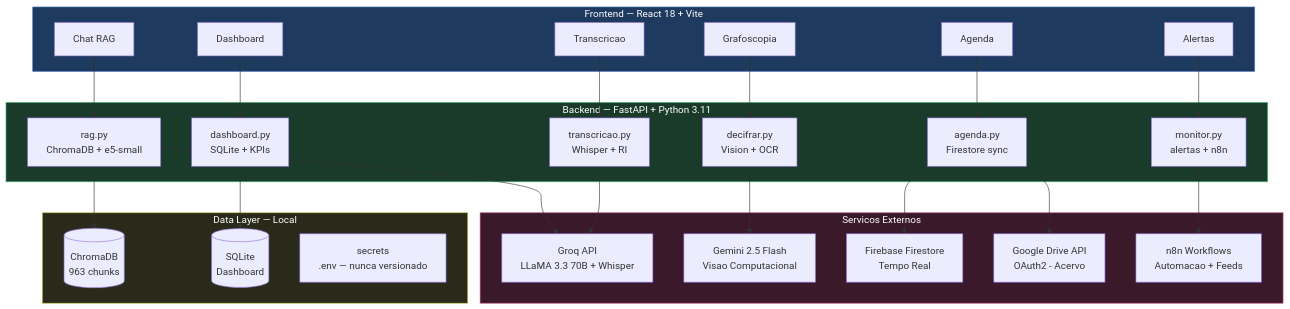
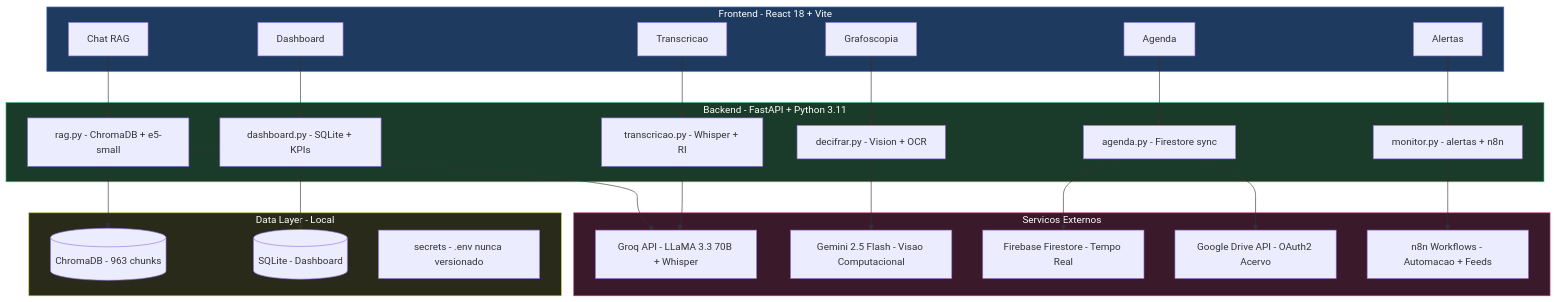
Before and after one commit to patrese-procopio/agent-bastos: the diagram in README.md, drawn with Mermaid.

Commit message:
docs: fix encoding no bloco Mermaid (remove caracteres corrompidos)

````diff
--- a/README.md
+++ b/README.md
@@ -167,55 +167,55 @@
 ```mermaid
 graph TB
-    subgraph FRONTEND["Frontend — React 18 + Vite"]
+    subgraph FRONTEND["Frontend - React 18 + Vite"]
         F1[Chat RAG]
         F2[Grafoscopia]
         F3[Transcricao]
         F4[Dashboard]
         F5[Agenda]
         F6[Alertas]
     end
 
-    subgraph BACKEND["Backend — FastAPI + Python 3.11"]
-        B1["rag.py\nChromaDB + e5-small"]
-        B2["decifrar.py\nVision + OCR"]
-        B3["transcricao.py\nWhisper + RI"]
-        B4["dashboard.py\nSQLite + KPIs"]
-        B5["agenda.py\nFirestore sync"]
-        B6["monitor.py\nalertas + n8n"]
+    subgraph BACKEND["Backend - FastAPI + Python 3.11"]
+        B1["rag.py - ChromaDB + e5-small"]
+        B2["decifrar.py - Vision + OCR"]
+        B3["transcricao.py - Whisper + RI"]
+        B4["dashboard.py - SQLite + KPIs"]
+        B5["agenda.py - Firestore sync"]
+        B6["monitor.py - alertas + n8n"]
     end
 
     subgraph EXTERNO["Servicos Externos"]
-        E1["Groq API\nLLaMA 3.3 70B + Whisper"]
-        E2["Gemini 2.5 Flash\nVisao Computacional"]
-        E3["Firebase Firestore\nTempo Real"]
-        E4["Google Drive API\nOAuth2 - Acervo"]
-        E5["n8n Workflows\nAutomacao + Feeds"]
+        E1["Groq API - LLaMA 3.3 70B + Whisper"]
+        E2["Gemini 2.5 Flash - Visao Computacional"]
+        E3["Firebase Firestore - Tempo Real"]
+        E4["Google Drive API - OAuth2 Acervo"]
+        E5["n8n Workflows - Automacao + Feeds"]
     end
 
-    subgraph DATA["Data Layer — Local"]
-        D1[("ChromaDB\n963 chunks")]
-        D2[("SQLite\nDashboard")]
-        D3["secrets\n.env — nunca versionado"]
+    subgraph DATA["Data Layer - Local"]
+        D1[("ChromaDB - 963 chunks")]
+        D2[("SQLite - Dashboard")]
+        D3["secrets - .env nunca versionado"]
     end
 
     F1 --> B1
     F2 --> B2
     F3 --> B3
     F4 --> B4
     F5 --> B5
     F6 --> B6
 
     B1 --> E1
     B1 --> D1
     B2 --> E2
     B3 --> E1
     B4 --> D2
     B5 --> E3
     B5 --> E4
     B6 --> E5
 
     style FRONTEND fill:#1e3a5f,color:#fff,stroke:#4a7abf
     style BACKEND  fill:#1a3a2a,color:#fff,stroke:#4abf7a
     style EXTERNO  fill:#3a1a2a,color:#fff,stroke:#bf4a7a
     style DATA     fill:#2a2a1a,color:#fff,stroke:#bfbf4a
 ```
````
